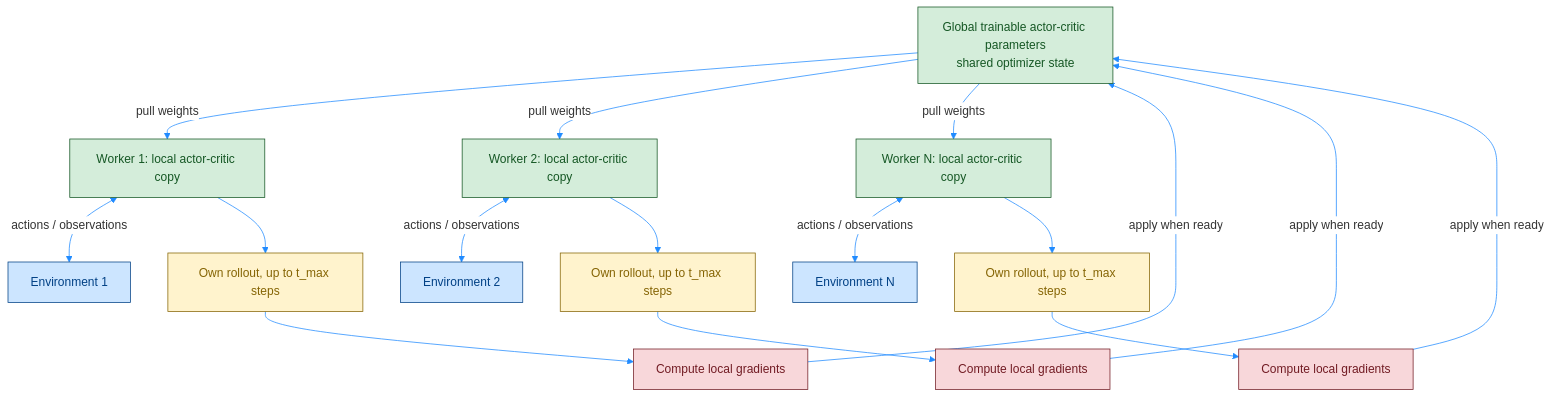
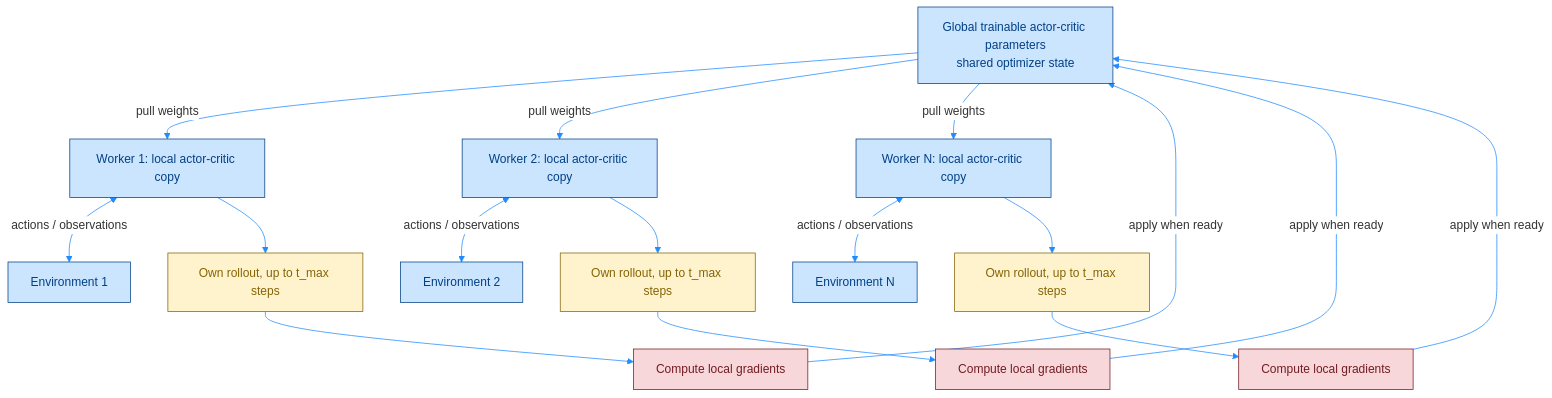
Before and after one commit to Open-Source-Robotics-For-Myanmar/rl: the second of 3 diagrams in Day81 RL python/02_Miguel Morales - Grokking Deep Reinforcement Learning/02_rl_with_dl/rom_photos/08_1_PB_actor-critic_A3C.md, drawn with Mermaid. The commit also changed other lines of this file and 12 other files, not shown here.

````diff
--- a/Day81 RL python/02_Miguel Morales - Grokking Deep Reinforcement Learning/02_rl_with_dl/rom_photos/08_1_PB_actor-critic_A3C.md
+++ b/Day81 RL python/02_Miguel Morales - Grokking Deep Reinforcement Learning/02_rl_with_dl/rom_photos/08_1_PB_actor-critic_A3C.md
@@ -61,29 +83,28 @@
 ```mermaid
 %%{init: {'theme': 'base', 'themeVariables': { 'primaryColor': '#ffffff', 'lineColor': '#218bff'}}}%%
 flowchart TD
     G["Global trainable actor-critic parameters<br/>shared optimizer state"]
     G -->|"pull weights"| W1["Worker 1: local actor-critic copy"]
     G -->|"pull weights"| W2["Worker 2: local actor-critic copy"]
     G -->|"pull weights"| WN["Worker N: local actor-critic copy"]
     W1 <-->|"actions / observations"| E1["Environment 1"]
     W2 <-->|"actions / observations"| E2["Environment 2"]
     WN <-->|"actions / observations"| EN["Environment N"]
     W1 --> B1["Own rollout, up to t_max steps"]
     W2 --> B2["Own rollout, up to t_max steps"]
     WN --> BN["Own rollout, up to t_max steps"]
     B1 --> U1["Compute local gradients"]
     B2 --> U2["Compute local gradients"]
     BN --> UN["Compute local gradients"]
     U1 -->|"apply when ready"| G
     U2 -->|"apply when ready"| G
     UN -->|"apply when ready"| G
 
     classDef data fill:#cce5ff,stroke:#004085,stroke-width:1px,color:#004085;
-    classDef network fill:#d4edda,stroke:#155724,stroke-width:1px,color:#155724;
     classDef batch fill:#fff3cd,stroke:#856404,stroke-width:1px,color:#856404;
     classDef train fill:#f8d7da,stroke:#721c24,stroke-width:1px,color:#721c24;
-    class E1,E2,EN data;
-    class G,W1,W2,WN network;
+
+    class E1,E2,EN,G,W1,W2,WN data;
     class B1,B2,BN batch;
     class U1,U2,UN train;
 ```
````
